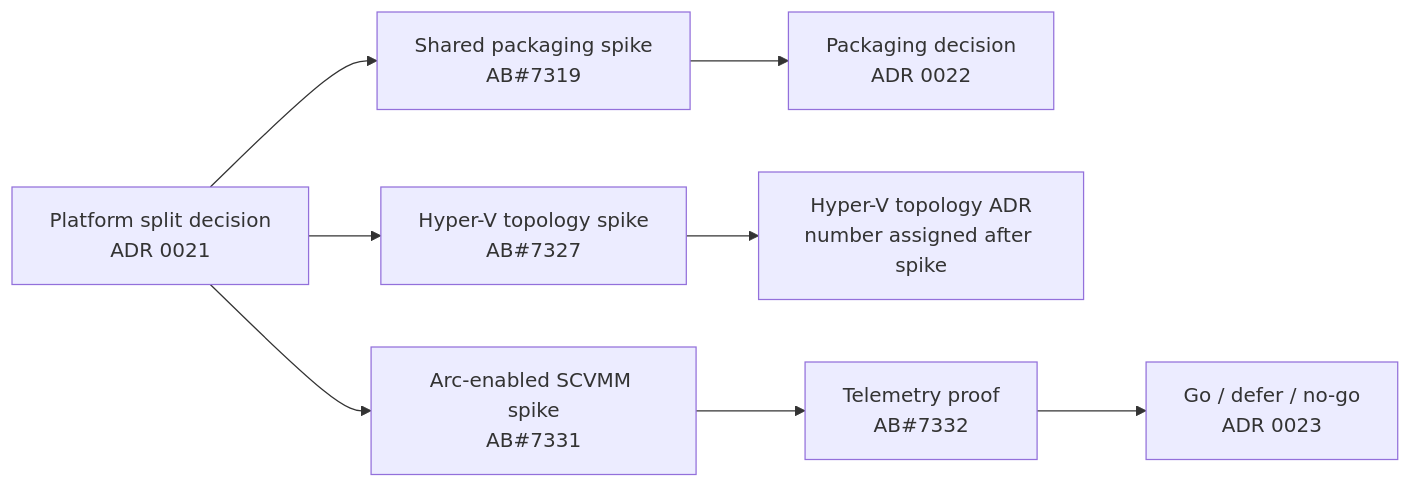
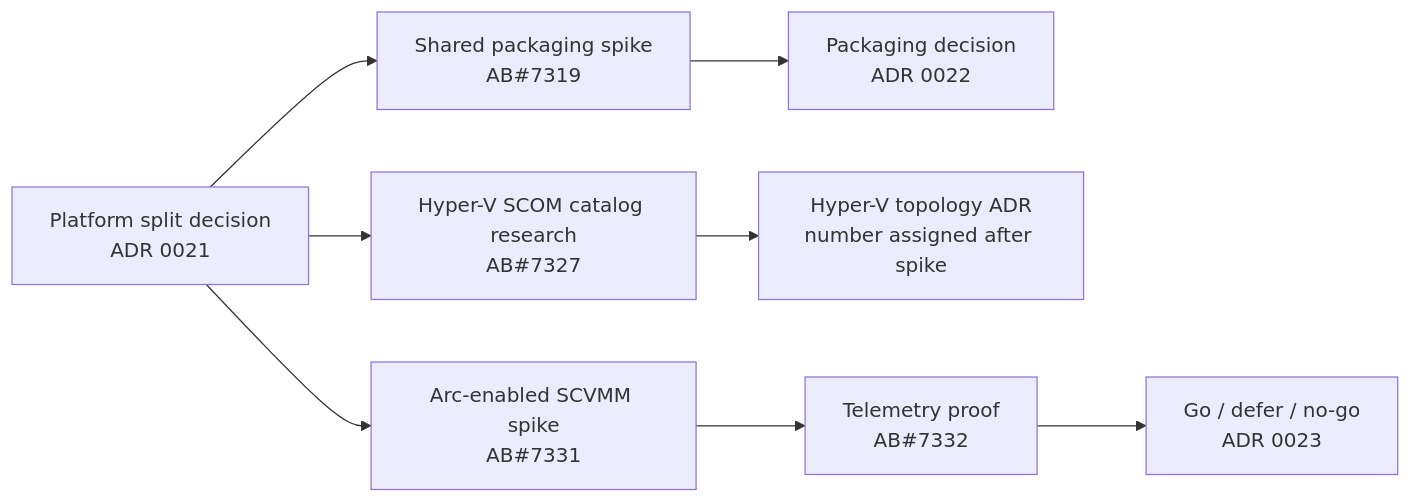
Before and after one commit to AzureLocal/azurelocal-scom-mp: the diagram in docs/design/research-spikes.md, drawn with Mermaid. The commit also changed other lines of this file and 16 other files, not shown here.

Commit message:
docs(hyper-v): plan SCOM monitoring research AB#7327

````diff
--- a/docs/design/research-spikes.md
+++ b/docs/design/research-spikes.md
@@ -19,10 +19,10 @@
 ```mermaid
 flowchart LR
     P[Platform split decision<br/>ADR 0021] --> S1[Shared packaging spike<br/>AB#7319]
     S1 --> Pkg[Packaging decision<br/>ADR 0022]
-    P --> S2[Hyper-V topology spike<br/>AB#7327]
+    P --> S2[Hyper-V SCOM catalog research<br/>AB#7327]
     S2 --> HV[Hyper-V topology ADR<br/>number assigned after spike]
     P --> S3[Arc-enabled SCVMM spike<br/>AB#7331]
     S3 --> S4[Telemetry proof<br/>AB#7332]
     S4 --> Arc[Go / defer / no-go<br/>ADR 0023]
 ```
````
